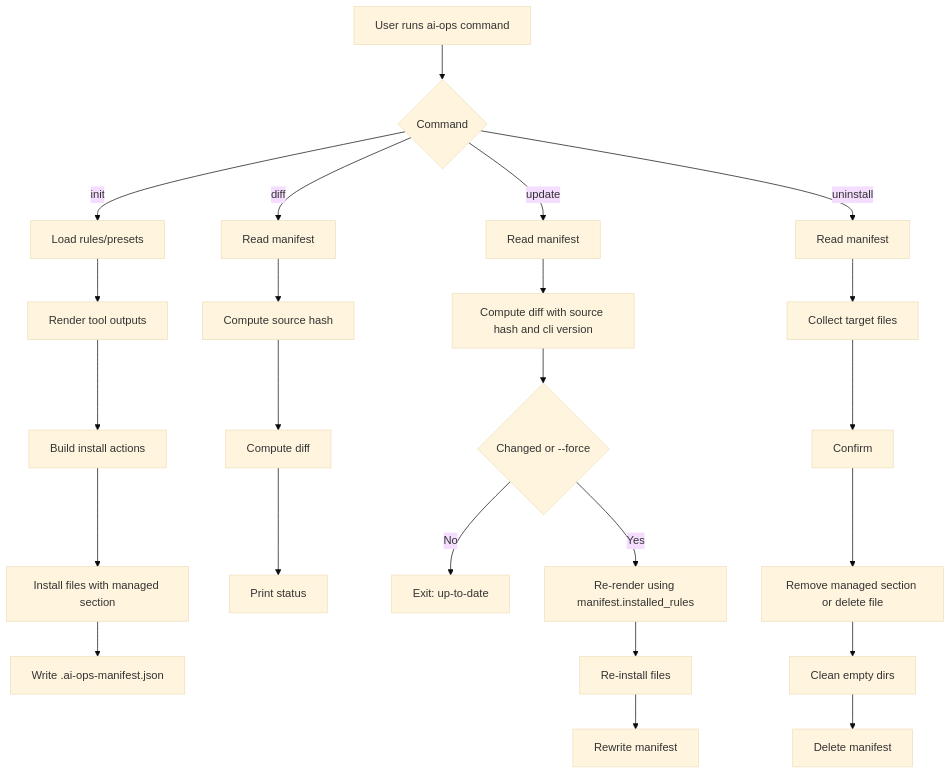
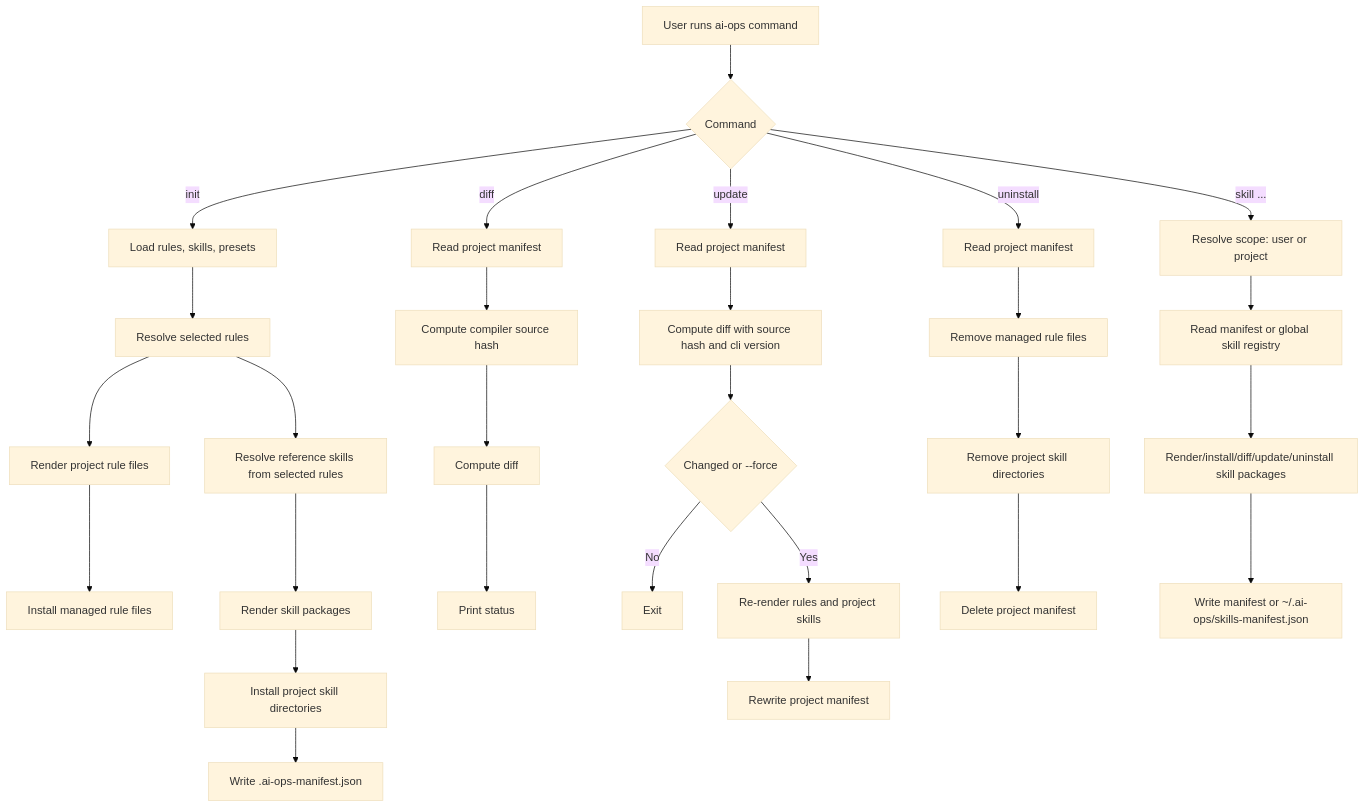
Before and after one commit to MincheolC/ai-ops-cli: the first of 4 diagrams in docs/plan.md, drawn with Mermaid (base theme). The commit also changed other lines of this file and 1 other file, not shown here.

Commit message:
docs(plan): sync blueprint with skill lifecycle

````diff
--- a/docs/plan.md
+++ b/docs/plan.md
@@ -42,29 +43,35 @@
 ```mermaid
 flowchart TD
   A[User runs ai-ops command] --> B{Command}
-  B -->|init| C[Load rules/presets]
-  C --> D[Render tool outputs]
-  D --> E[Build install actions]
-  E --> F[Install files with managed section]
-  F --> G[Write .ai-ops-manifest.json]
 
-  B -->|diff| H[Read manifest]
-  H --> I[Compute source hash]
-  I --> J[Compute diff]
-  J --> K[Print status]
+  B -->|init| C[Load rules, skills, presets]
+  C --> D[Resolve selected rules]
+  D --> E[Render project rule files]
+  E --> F[Install managed rule files]
+  D --> G[Resolve reference skills from selected rules]
+  G --> H[Render skill packages]
+  H --> I[Install project skill directories]
+  I --> J[Write .ai-ops-manifest.json]
 
-  B -->|update| L[Read manifest]
-  L --> M[Compute diff with source hash and cli version]
-  M --> N{Changed or --force}
-  N -->|No| O[Exit: up-to-date]
-  N -->|Yes| P[Re-render using manifest.installed_rules]
-  P --> Q[Re-install files]
-  Q --> R[Rewrite manifest]
+  B -->|diff| K[Read project manifest]
+  K --> L[Compute compiler source hash]
+  L --> M[Compute diff]
+  M --> N[Print status]
 
-  B -->|uninstall| S[Read manifest]
-  S --> T[Collect target files]
-  T --> U[Confirm]
-  U --> V[Remove managed section or delete file]
-  V --> W[Clean empty dirs]
-  W --> X[Delete manifest]
+  B -->|update| O[Read project manifest]
+  O --> P[Compute diff with source hash and cli version]
+  P --> Q{Changed or --force}
+  Q -->|No| R[Exit]
+  Q -->|Yes| S[Re-render rules and project skills]
+  S --> T[Rewrite project manifest]
+
+  B -->|uninstall| U[Read project manifest]
+  U --> V[Remove managed rule files]
+  V --> W[Remove project skill directories]
+  W --> X[Delete project manifest]
+
+  B -->|skill ...| Y[Resolve scope: user or project]
+  Y --> Z[Read manifest or global skill registry]
+  Z --> AA[Render/install/diff/update/uninstall skill packages]
+  AA --> AB[Write manifest or ~/.ai-ops/skills-manifest.json]
 ```
````
